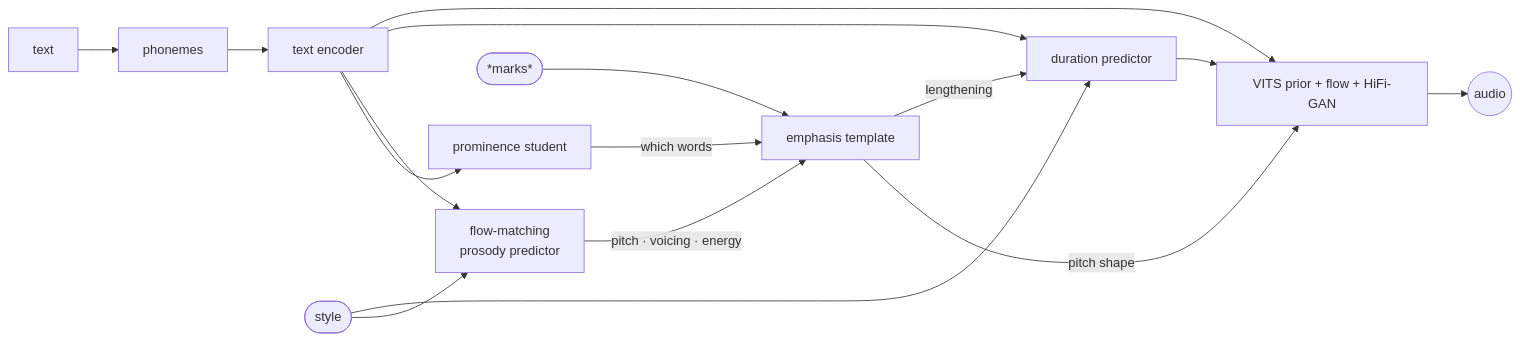
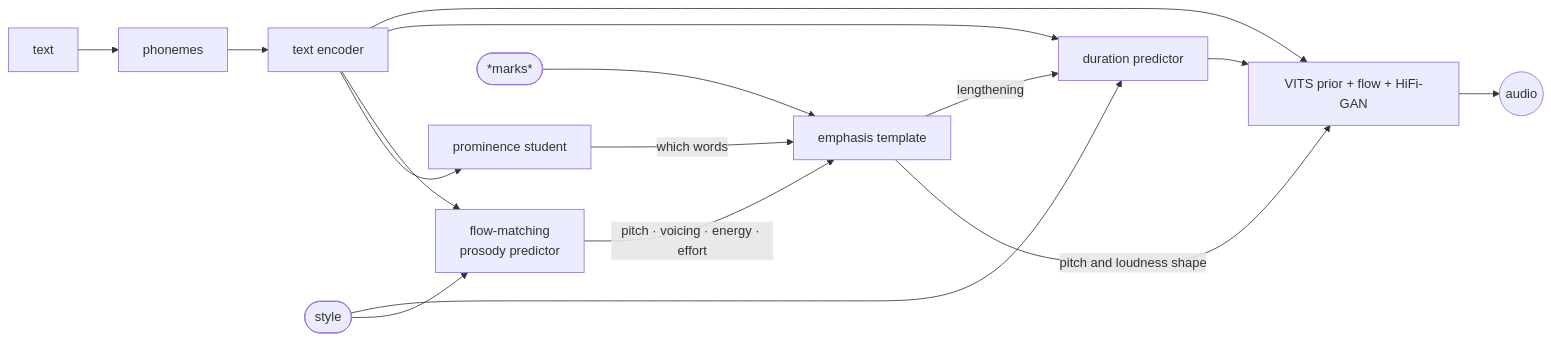
Before and after one commit to femelo/x-vits: the diagram in README.md, drawn with Mermaid. The commit also changed other lines of this file and 19 other files, not shown here.

First line of the commit message:
Validate on German; add vocal effort, energy emphasis and whisper handling

````diff
--- a/README.md
+++ b/README.md
@@ -81,17 +106,17 @@
 ```mermaid
 flowchart LR
     T[text] --> P[phonemes] --> E[text encoder]
     E --> S[prominence student]
     E --> F[flow-matching<br/>prosody predictor]
     ST([style]) --> F
     S -- which words --> TP[emphasis template]
     M([*marks*]) --> TP
-    F -- pitch · voicing · energy --> TP
+    F -- pitch · voicing · energy · effort --> TP
     E --> D[duration predictor]
     ST --> D
-    TP -- pitch shape --> V
+    TP -- pitch and loudness shape --> V
     TP -- lengthening --> D
     D --> V[VITS prior + flow + HiFi-GAN]
     E --> V
     V --> W((audio))
 ```
````
